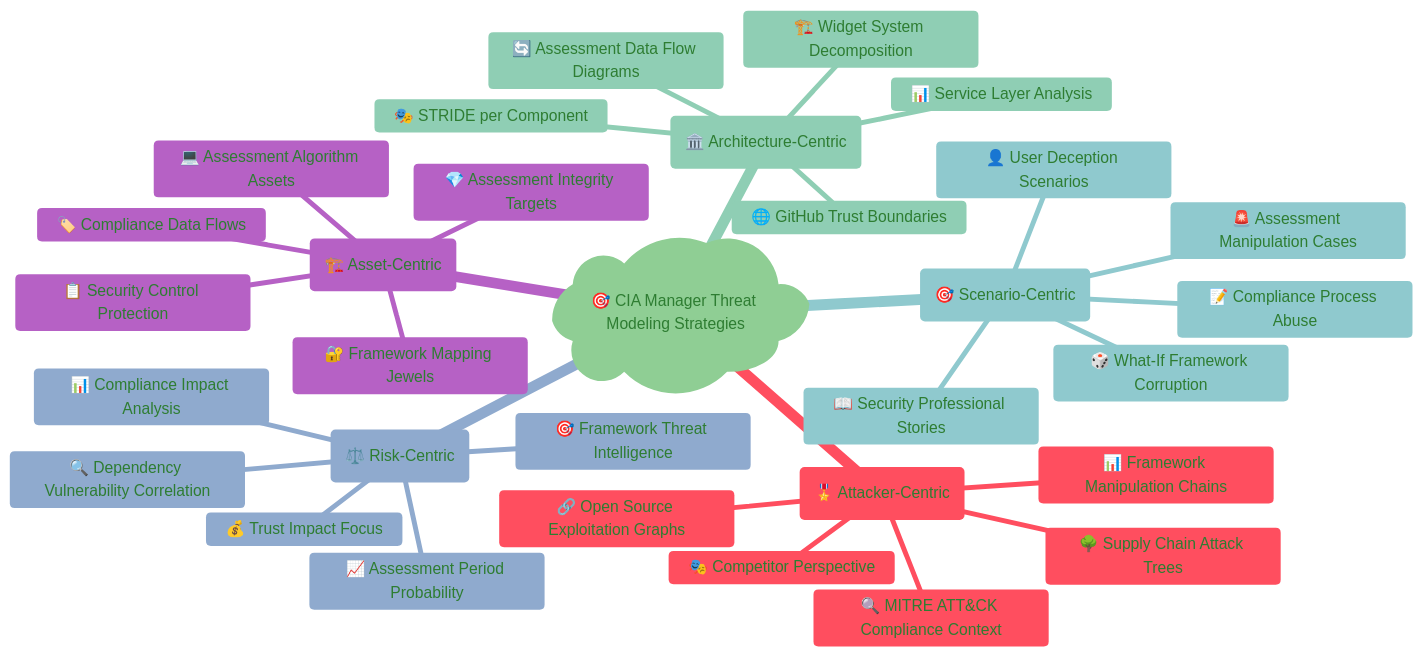
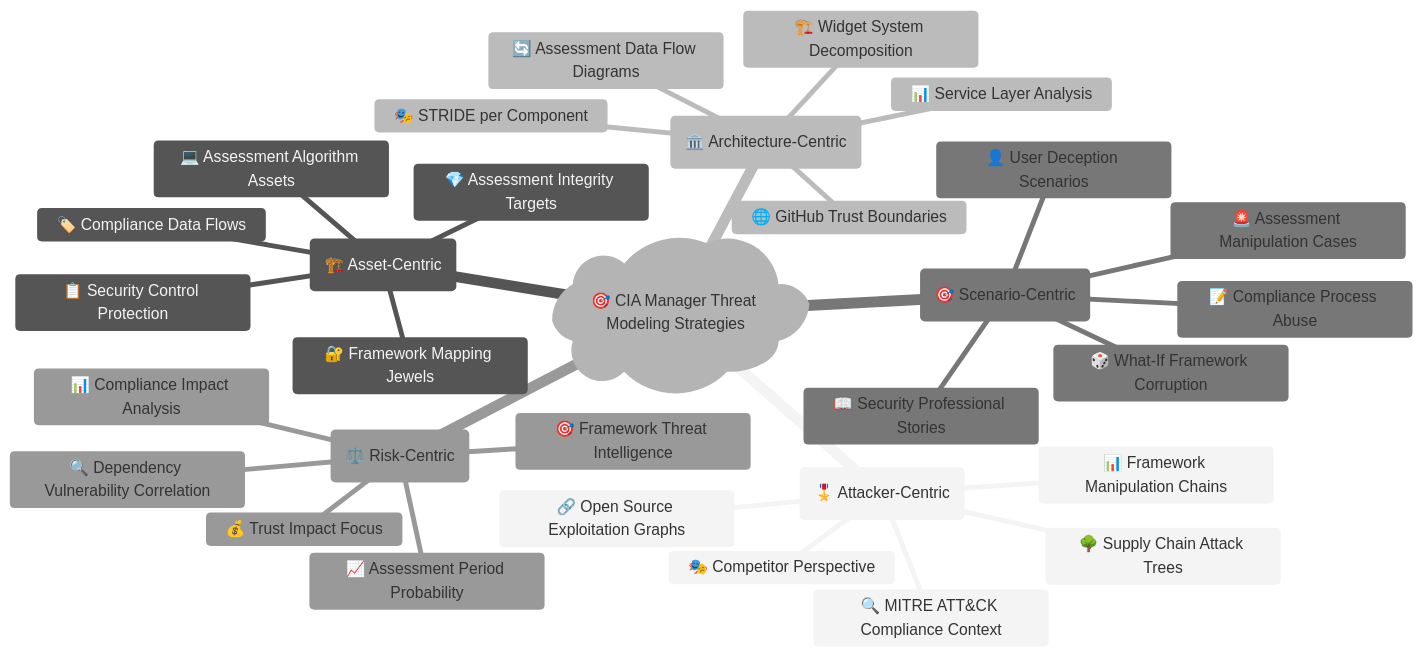
Before and after one commit to step-security-bot/cia-compliance-manager: diagram 12 of 15 in docs/architecture/THREAT_MODEL.md, drawn with Mermaid. The commit also changed other lines of this file and 27 other files, not shown here.

First line of the commit message:
fix: resolve broken mermaid diagrams and improve color coding to match ISMS style guide (#1106)

````diff
--- a/docs/architecture/THREAT_MODEL.md
+++ b/docs/architecture/THREAT_MODEL.md
@@ -830,46 +765,35 @@
 ```mermaid
-%%{
-  init: {
-    'theme': 'base',
-    'themeVariables': {
-      'primaryColor': '#e8f5e9',
-      'primaryTextColor': '#2e7d32',
-      'lineColor': '#4caf50',
-      'secondaryColor': '#ffcdd2',
-      'tertiaryColor': '#e1bee7'
-    }
-  }
-}%%
+%%{init: {"theme": "neutral"}}%%
 mindmap
   root)🎯 CIA Manager Threat Modeling Strategies(
     (🎖️ Attacker-Centric)
       🔍 MITRE ATT&CK Compliance Context
       🌳 Supply Chain Attack Trees
       🎭 Competitor Perspective
       📊 Framework Manipulation Chains
       🔗 Open Source Exploitation Graphs
     (🏗️ Asset-Centric)
       💻 Assessment Algorithm Assets
       🏷️ Compliance Data Flows
       📋 Security Control Protection
       🔐 Framework Mapping Jewels
       💎 Assessment Integrity Targets
     (🏛️ Architecture-Centric)
       🎭 STRIDE per Component
       🔄 Assessment Data Flow Diagrams
       🏗️ Widget System Decomposition
       🌐 GitHub Trust Boundaries
       📊 Service Layer Analysis
     (🎯 Scenario-Centric)
       📝 Compliance Process Abuse
       🚨 Assessment Manipulation Cases
       👤 User Deception Scenarios
       🎲 What-If Framework Corruption
       📖 Security Professional Stories
     (⚖️ Risk-Centric)
       📊 Compliance Impact Analysis
       🎯 Framework Threat Intelligence
       📈 Assessment Period Probability
       💰 Trust Impact Focus
       🔍 Dependency Vulnerability Correlation
 ```
````
